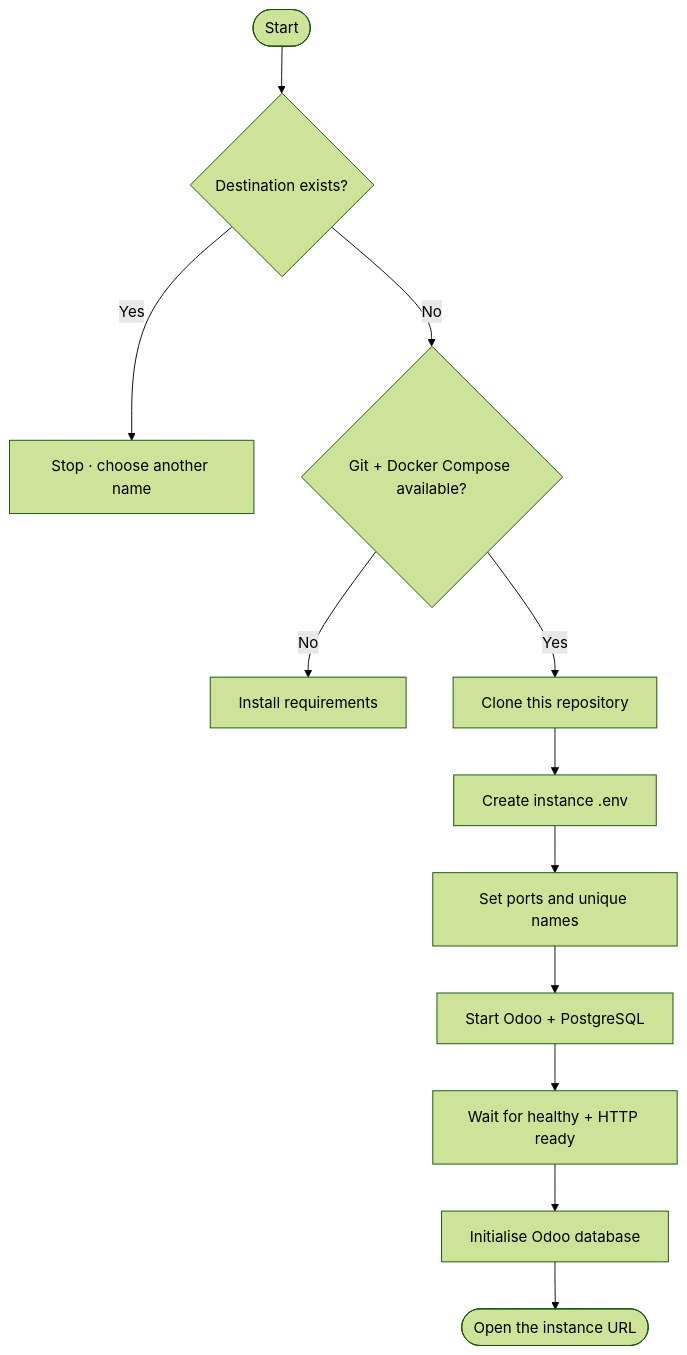
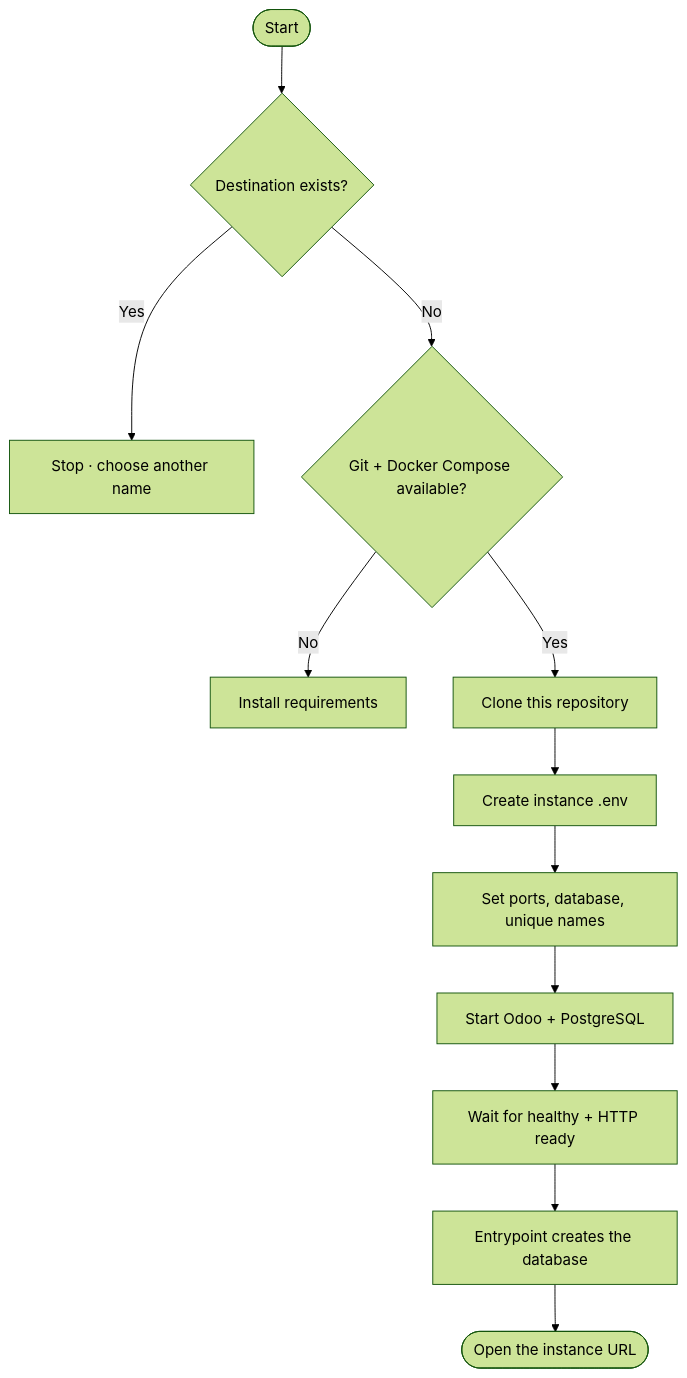
The second of 3 diagrams in README.md (abdalazeim/InstallingOdoo20-Docker-Deployment), drawn with Mermaid (forest theme) before and after one commit. The commit also changed other lines of this file and 1 other file, not shown here.

Commit message:
docs: document the zero-step install and auto database creation

````diff
--- a/README.md
+++ b/README.md
@@ -224,14 +230,14 @@
 ```mermaid
 flowchart TD
     A([Start]) --> B{Destination exists?}
     B -->|Yes| X[Stop · choose another name]
     B -->|No| C{Git + Docker Compose available?}
     C -->|No| Y[Install requirements]
     C -->|Yes| D[Clone this repository]
     D --> E[Create instance .env]
-    E --> F[Set ports and unique names]
+    E --> F[Set ports, database, unique names]
     F --> G[Start Odoo + PostgreSQL]
     G --> H[Wait for healthy + HTTP ready]
-    H --> I[Initialise Odoo database]
+    H --> I[Entrypoint creates the database]
     I --> J([Open the instance URL])
 ```
````
